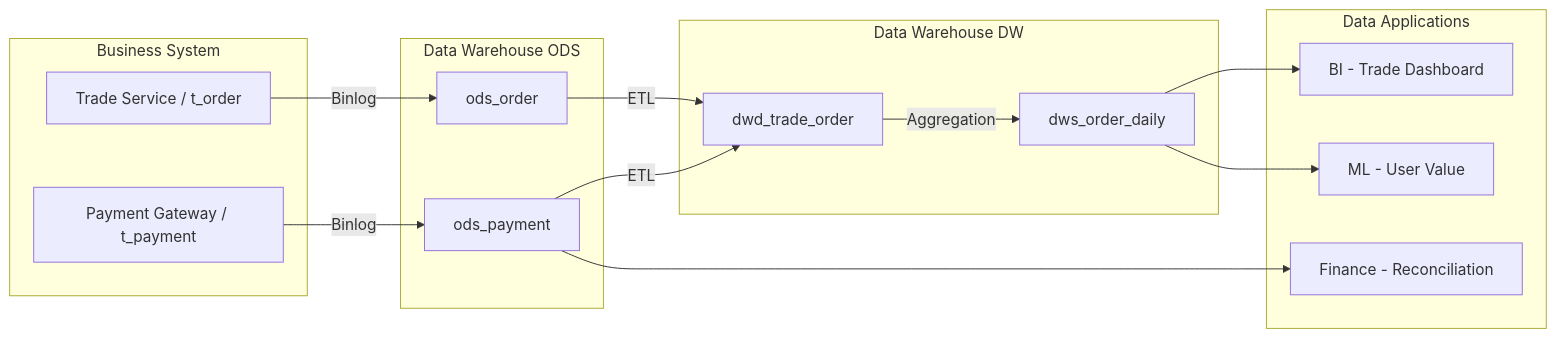
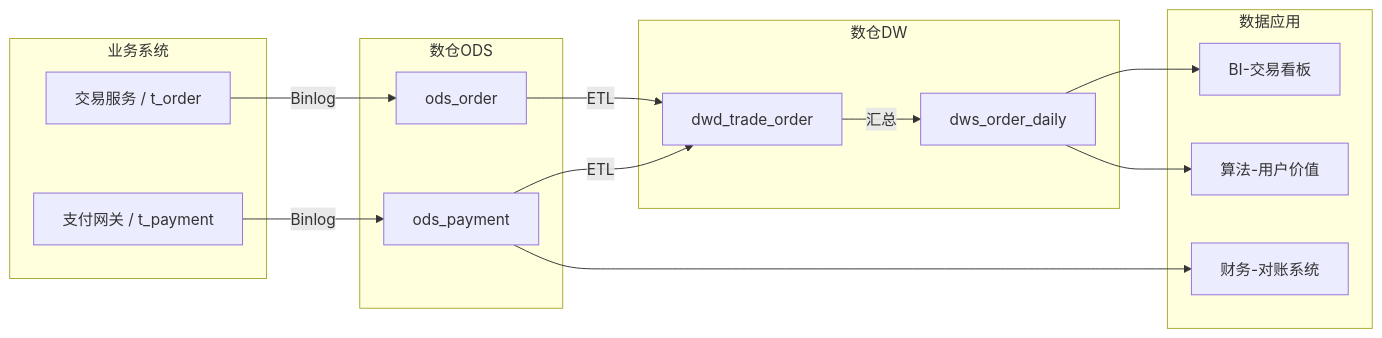
Before and after one commit to Kirky-X/cangjie: the ninth of 11 diagrams in templates/Product/Technology/Template-DB-Design.md, drawn with Mermaid. The commit also changed other lines of this file and 33 other files, not shown here.

````diff
--- a/templates/Product/Technology/Template-DB-Design.md
+++ b/templates/Product/Technology/Template-DB-Design.md
@@ -567,32 +567,32 @@
 ```mermaid
 flowchart LR
-    subgraph Business System
-        A1[Trade Service / t_order]
-        A2[Payment Gateway / t_payment]
+    subgraph 业务系统
+        A1[交易服务 / t_order]
+        A2[支付网关 / t_payment]
     end
 
-    subgraph Data Warehouse ODS
+    subgraph 数仓ODS
         B1[ods_order]
         B2[ods_payment]
     end
 
-    subgraph Data Warehouse DW
+    subgraph 数仓DW
         C1[dwd_trade_order]
         C2[dws_order_daily]
     end
 
-    subgraph Data Applications
-        D1[BI - Trade Dashboard]
-        D2[ML - User Value]
-        D3[Finance - Reconciliation]
+    subgraph 数据应用
+        D1[BI-交易看板]
+        D2[算法-用户价值]
+        D3[财务-对账系统]
     end
 
     A1 -->|Binlog| B1
     A2 -->|Binlog| B2
     B1 -->|ETL| C1
     B2 -->|ETL| C1
-    C1 -->|Aggregation| C2
+    C1 -->|汇总| C2
     C2 --> D1
     C2 --> D2
     B2 --> D3
 ```
````
